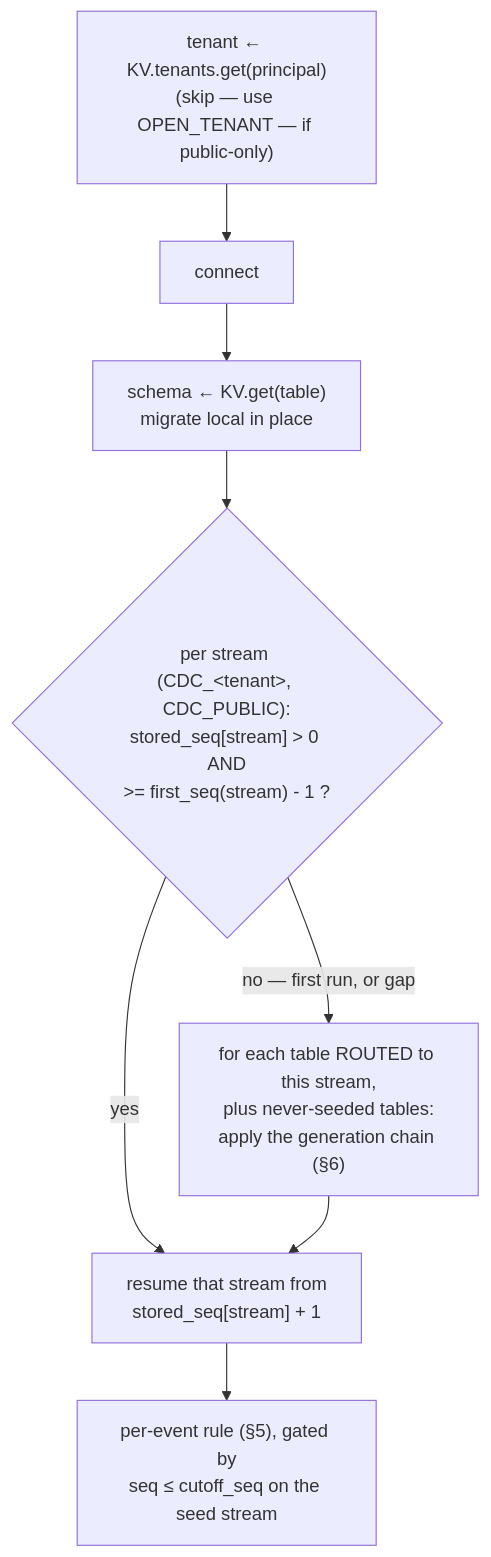
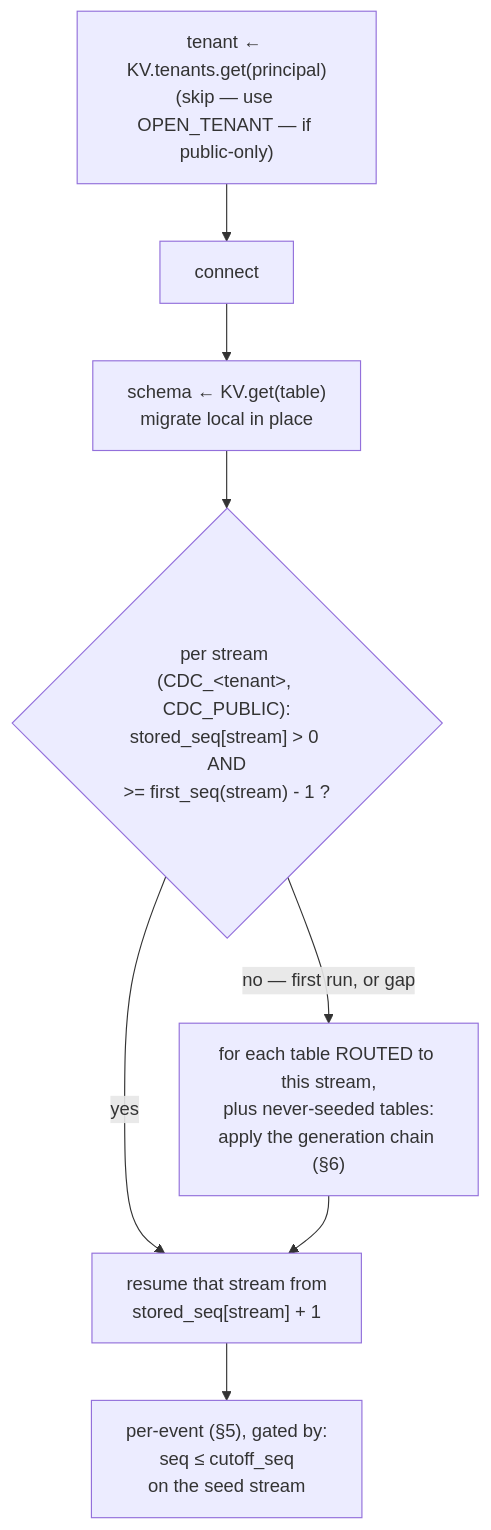
The fourth of 4 diagrams in PROTOCOL.md (ndrean/ZeBridge), drawn with Mermaid before and after one commit. The commit also changed other lines of this file and 52 other files, not shown here.

````diff
--- a/PROTOCOL.md
+++ b/PROTOCOL.md
@@ -882,10 +860,10 @@
 ```mermaid
 flowchart TD
     T["tenant ← KV.tenants.get(principal)<br/>(skip — use OPEN_TENANT — if public-only)"] --> A[connect]
     A --> B["schema ← KV.get(table)<br/>migrate local in place"]
     B --> C{"per stream (CDC_&lt;tenant&gt;, CDC_PUBLIC):<br/>stored_seq[stream] &gt; 0 AND<br/>&gt;= first_seq(stream) - 1 ?"}
     C -->|yes| Z["resume that stream from<br/>stored_seq[stream] + 1"]
     C -->|"no — first run, or gap"| D["for each table ROUTED to this stream,<br/>plus never-seeded tables:<br/>apply the generation chain (§6)"]
     D --> Z
-    Z --> Y["per-event rule (§5), gated by<br/>seq &le; cutoff_seq on the seed stream"]
+    Z --> Y["per-event (§5), gated by:<br/>seq &le; cutoff_seq <br>on the seed stream"]
 ```
````
